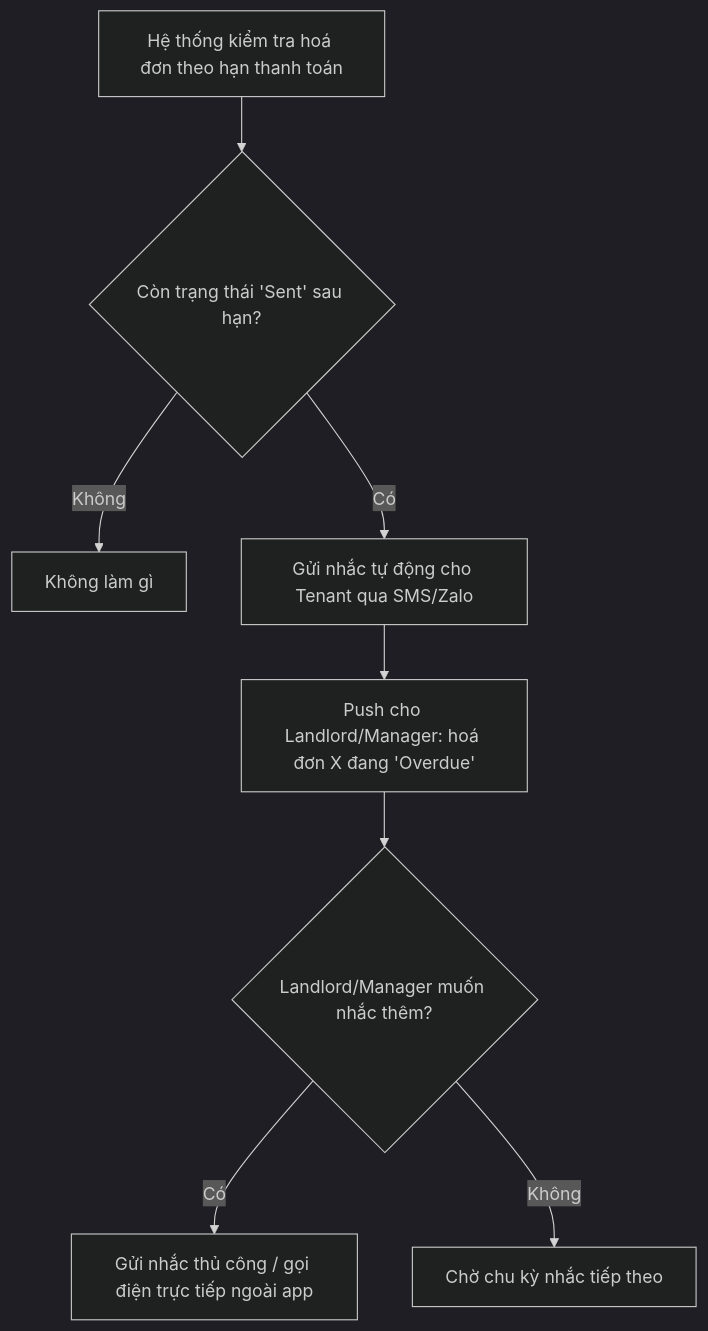
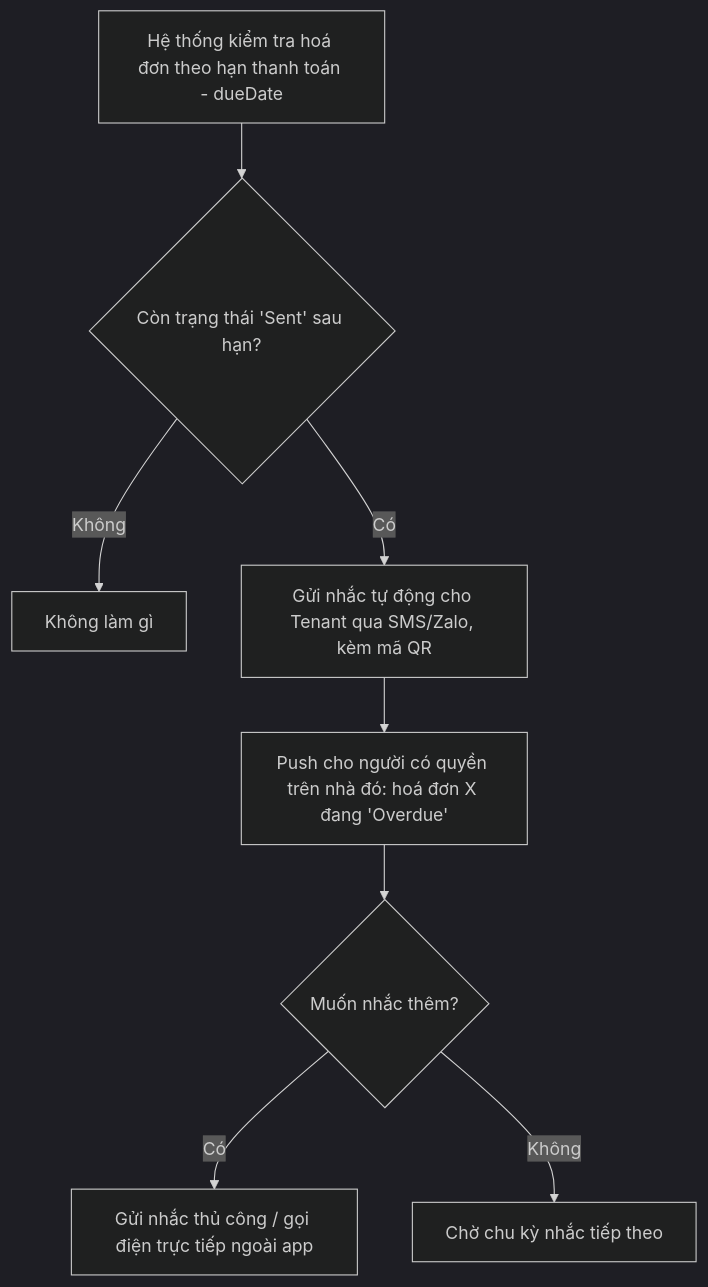
Before and after one commit to townsoft-dev/biztown-rent: the seventh of 8 diagrams in docs/USER-FLOWS.md, drawn with Mermaid (dark theme). The commit also changed other lines of this file and 14 other files, not shown here.

````diff
--- a/docs/USER-FLOWS.md
+++ b/docs/USER-FLOWS.md
@@ -191,10 +194,10 @@
 ```mermaid
 flowchart TD
-    A[Hệ thống kiểm tra hoá đơn theo hạn thanh toán] --> B{Còn trạng thái 'Sent' sau hạn?}
+    A[Hệ thống kiểm tra hoá đơn theo hạn thanh toán - dueDate] --> B{Còn trạng thái 'Sent' sau hạn?}
     B -- Không --> C[Không làm gì]
-    B -- Có --> D[Gửi nhắc tự động cho Tenant qua SMS/Zalo]
-    D --> E[Push cho Landlord/Manager: hoá đơn X đang 'Overdue']
-    E --> F{Landlord/Manager muốn nhắc thêm?}
+    B -- Có --> D[Gửi nhắc tự động cho Tenant qua SMS/Zalo, kèm mã QR]
+    D --> E[Push cho người có quyền trên nhà đó: hoá đơn X đang 'Overdue']
+    E --> F{Muốn nhắc thêm?}
     F -- Có --> G[Gửi nhắc thủ công / gọi điện trực tiếp ngoài app]
     F -- Không --> H[Chờ chu kỳ nhắc tiếp theo]
 ```
````
